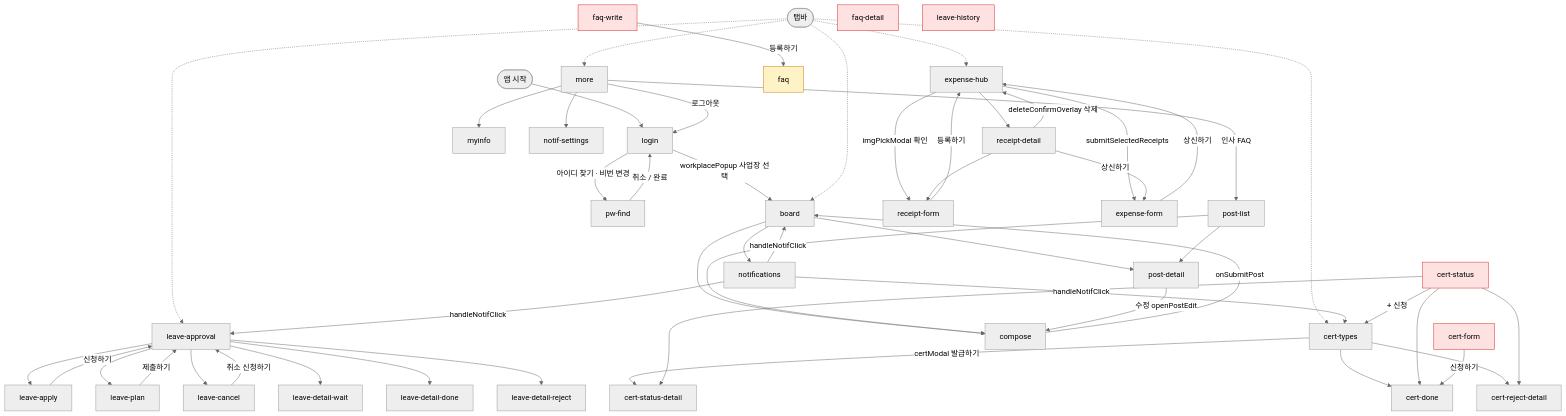
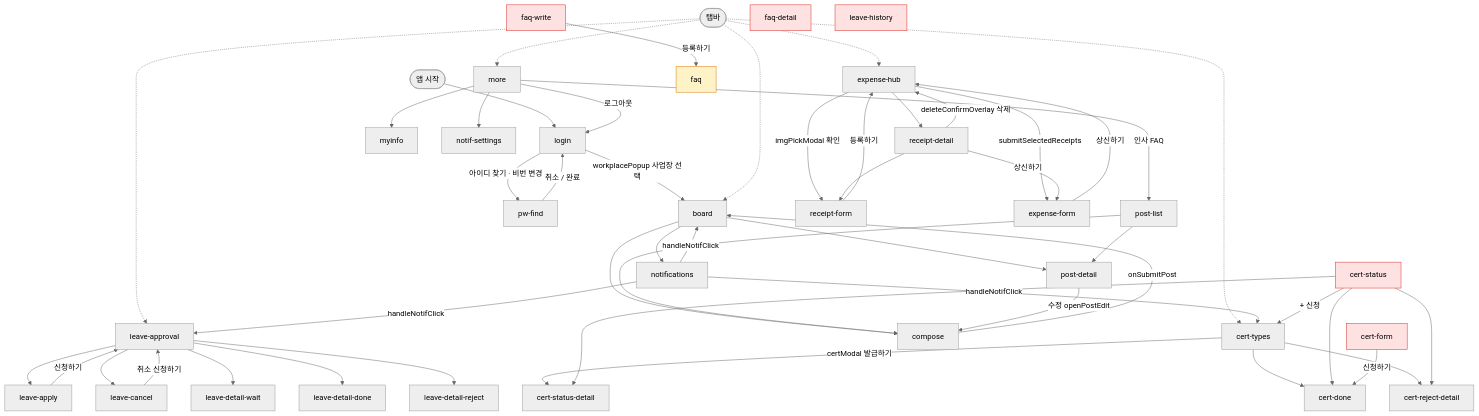
The first of 2 diagrams in MY인사/Mobile/퍼블리싱/mobile/rules/rules_FLOWMAP.md (choisy041001-jpg/mine_sy), drawn with Mermaid (neutral theme) before and after one commit. The commit also changed other lines of this file and 13 other files, not shown here.

```diff
--- a/MY인사/Mobile/퍼블리싱/mobile/rules/rules_FLOWMAP.md
+++ b/MY인사/Mobile/퍼블리싱/mobile/rules/rules_FLOWMAP.md
@@ -279,13 +282,13 @@
 
     %% ── 연차 ─────────────────────────────────────────────
     leave-approval --> leave-apply
-    leave-approval --> leave-plan
+    %% leave-approval --> leave-plan   (보류 — 진입 제거, 삭제 금지)
     leave-approval --> leave-cancel
     leave-approval --> leave-detail-wait
     leave-approval --> leave-detail-done
     leave-approval --> leave-detail-reject
     leave-apply -->|신청하기| leave-approval
-    leave-plan -->|제출하기| leave-approval
+    %% leave-plan -->|제출하기| leave-approval   (보류)
     leave-cancel -->|취소 신청하기| leave-approval
     %% overlay in leave-apply/plan/cancel: approvalLinePopup
 
```
